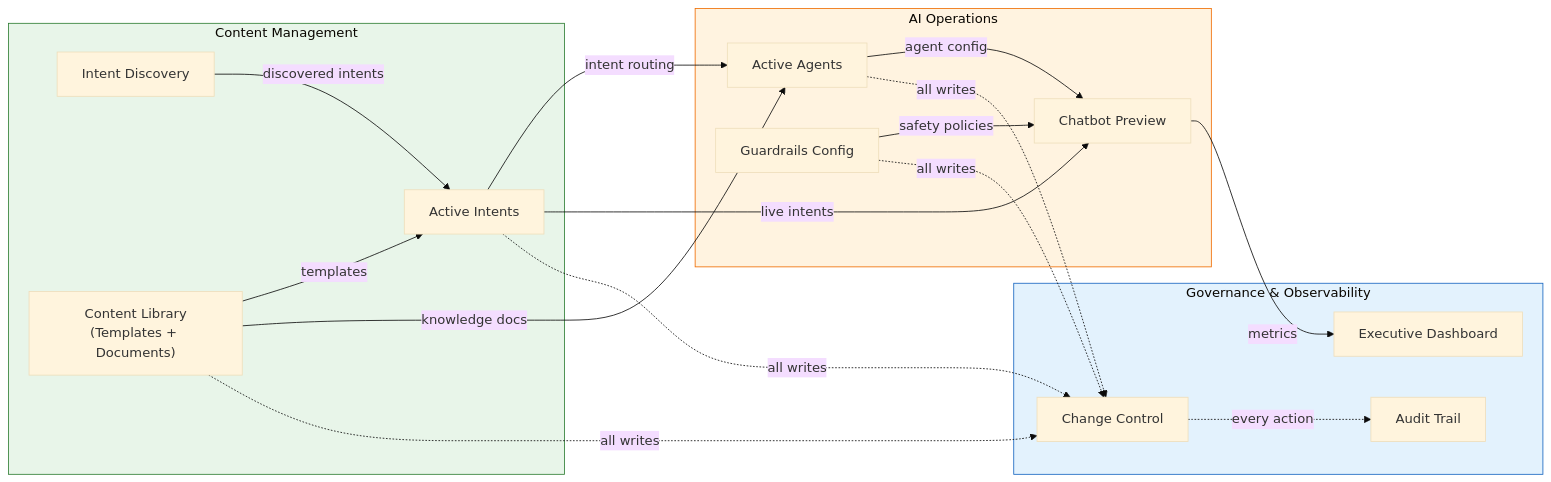
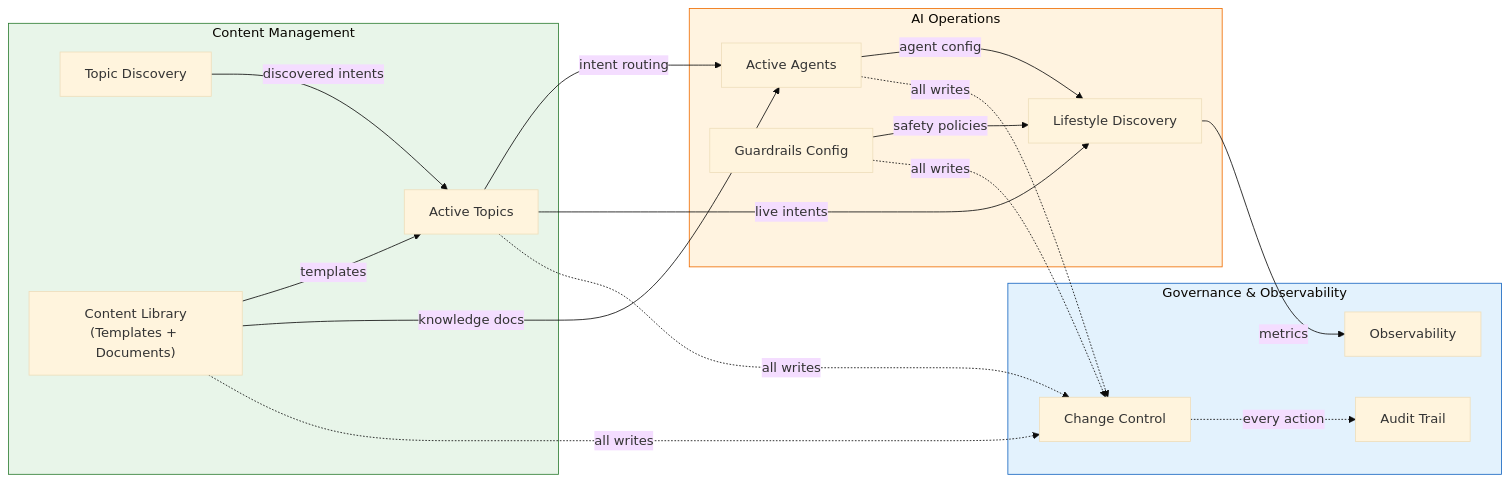
One commit to xiaodoushabing/chatbot-chat changed the second of 12 diagrams in docs/USER_FUNCTIONALITY_GUIDE.md. Above: the diagram before and after it, drawn with Mermaid (base theme). The commit also changed other lines of this file and 12 other files, not shown here.

````diff
--- a/docs/USER_FUNCTIONALITY_GUIDE.md
+++ b/docs/USER_FUNCTIONALITY_GUIDE.md
@@ -80,40 +80,40 @@
 ```mermaid
 graph LR
     subgraph Content["Content Management"]
-        AI_TAB["Active Intents"]
-        ID_TAB["Intent Discovery"]
+        AI_TAB["Active Topics"]
+        ID_TAB["Topic Discovery"]
         CL_TAB["Content Library\n(Templates + Documents)"]
     end
 
     subgraph Operations["AI Operations"]
         AG_TAB["Active Agents"]
         GR_TAB["Guardrails Config"]
-        CP_TAB["Chatbot Preview"]
+        CP_TAB["Lifestyle Discovery"]
     end
 
     subgraph Governance["Governance & Observability"]
-        ED_TAB["Executive Dashboard"]
+        ED_TAB["Observability"]
         AT_TAB["Audit Trail"]
         CC_TAB["Change Control"]
     end
 
     ID_TAB -- "discovered intents" --> AI_TAB
     AI_TAB -- "intent routing" --> AG_TAB
     CL_TAB -- "templates" --> AI_TAB
     CL_TAB -- "knowledge docs" --> AG_TAB
     GR_TAB -- "safety policies" --> CP_TAB
     AG_TAB -- "agent config" --> CP_TAB
     AI_TAB -- "live intents" --> CP_TAB
 
     AI_TAB -. "all writes" .-> CC_TAB
     AG_TAB -. "all writes" .-> CC_TAB
     GR_TAB -. "all writes" .-> CC_TAB
     CL_TAB -. "all writes" .-> CC_TAB
 
     CC_TAB -. "every action" .-> AT_TAB
     CP_TAB -- "metrics" --> ED_TAB
 
     style Content fill:#e8f5e9,stroke:#2e7d32
     style Operations fill:#fff3e0,stroke:#ef6c00
     style Governance fill:#e3f2fd,stroke:#1565c0
 ```
````
